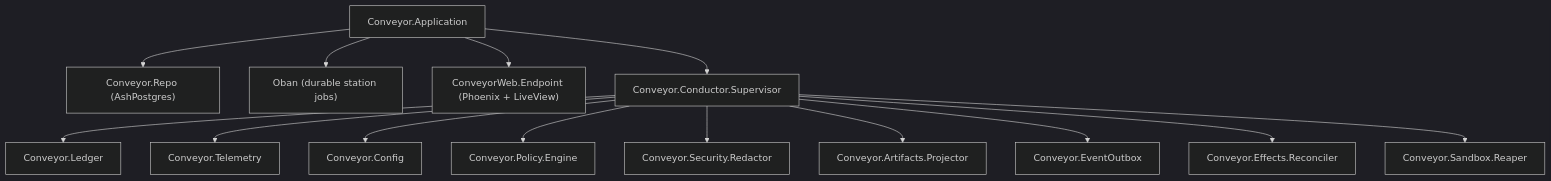
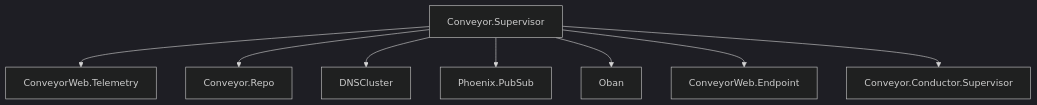
One commit to robertguss/software-factory-ai changed the third of 3 diagrams in droid-wiki/overview/architecture.md. Above: the diagram before and after it, drawn with Mermaid (dark theme). The commit also changed other lines of this file and 56 other files, not shown here.

````diff
--- a/droid-wiki/overview/architecture.md
+++ b/droid-wiki/overview/architecture.md
@@ -55,33 +77,19 @@
 ```mermaid
 graph TD
-    App["Conveyor.Application"]
-    Repo["Conveyor.Repo (AshPostgres)"]
-    Oban["Oban (durable station jobs)"]
-    Endpoint["ConveyorWeb.Endpoint (Phoenix + LiveView)"]
+    Supervisor["Conveyor.Supervisor"]
+    Telemetry["ConveyorWeb.Telemetry"]
+    Repo["Conveyor.Repo"]
+    DNSCluster["DNSCluster"]
+    PubSub["Phoenix.PubSub"]
+    Oban["Oban"]
+    Endpoint["ConveyorWeb.Endpoint"]
     Conductor["Conveyor.Conductor.Supervisor"]
 
-    Ledger["Conveyor.Ledger"]
-    Telemetry["Conveyor.Telemetry"]
-    Config["Conveyor.Config"]
-    PolicyEngine["Conveyor.Policy.Engine"]
-    Redactor["Conveyor.Security.Redactor"]
-    Projector["Conveyor.Artifacts.Projector"]
-    EventOutbox["Conveyor.EventOutbox"]
-    Reconciler["Conveyor.Effects.Reconciler"]
-    Reaper["Conveyor.Sandbox.Reaper"]
-
-    App --> Repo
-    App --> Oban
-    App --> Endpoint
-    App --> Conductor
-
-    Conductor --> Ledger
-    Conductor --> Telemetry
-    Conductor --> Config
-    Conductor --> PolicyEngine
-    Conductor --> Redactor
-    Conductor --> Projector
-    Conductor --> EventOutbox
-    Conductor --> Reconciler
-    Conductor --> Reaper
+    Supervisor --> Telemetry
+    Supervisor --> Repo
+    Supervisor --> DNSCluster
+    Supervisor --> PubSub
+    Supervisor --> Oban
+    Supervisor --> Endpoint
+    Supervisor --> Conductor
 ```
````
